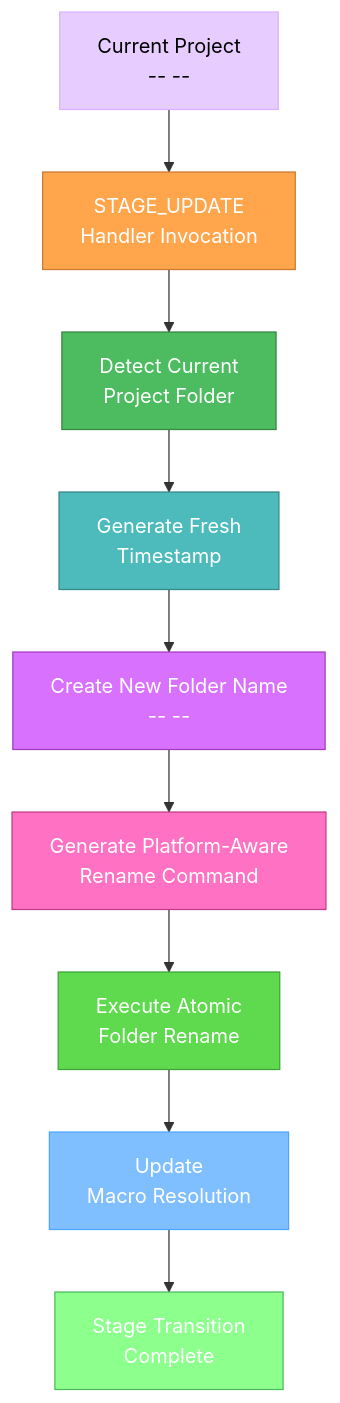
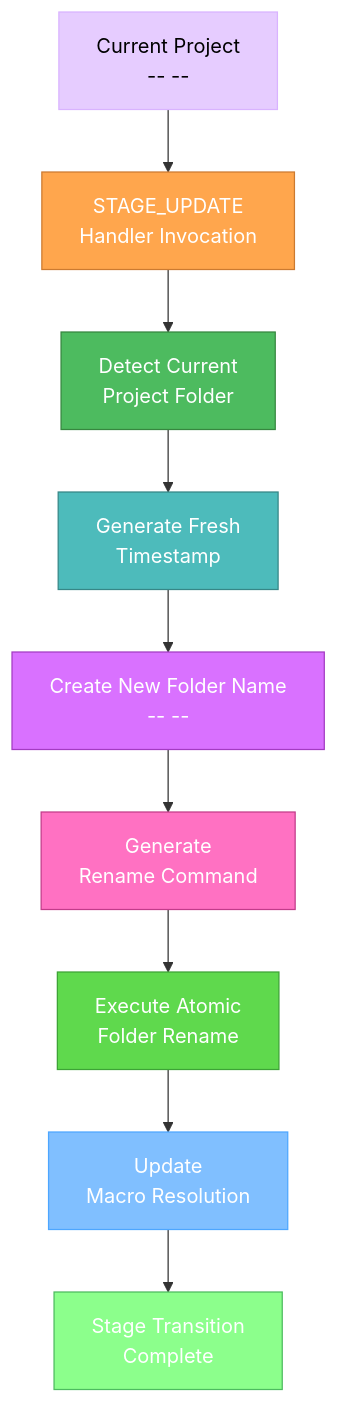
The first of 3 diagrams in .cursor/rules/isolation_rules/Core/mode-transition-optimization.mdc (jedita/cursor-memory-bank), drawn with Mermaid before and after one commit. The commit also changed other lines of this file and 20 other files, not shown here.

````diff
--- a/.cursor/rules/isolation_rules/Core/mode-transition-optimization.mdc
+++ b/.cursor/rules/isolation_rules/Core/mode-transition-optimization.mdc
@@ -17,21 +17,21 @@
 ```mermaid
 graph TD
     CurrentProject["Current Project<br><project-name> -- <old-timestamp> -- <old-stage>"] --> StageUpdate["STAGE_UPDATE<br>Handler Invocation"]
     StageUpdate --> DetectCurrent["Detect Current<br>Project Folder"]
     DetectCurrent --> GenerateTimestamp["Generate Fresh<br>Timestamp"]
     GenerateTimestamp --> CreateNewName["Create New Folder Name<br><project-name> -- <new-timestamp> -- <new-stage>"]
-    CreateNewName --> PlatformCommand["Generate Platform-Aware<br>Rename Command"]
+    CreateNewName --> PlatformCommand["Generate <br>Rename Command"]
     PlatformCommand --> RenameFolder["Execute Atomic<br>Folder Rename"]
     RenameFolder --> UpdateMacro["Update <MB_ROOT><br>Macro Resolution"]
     UpdateMacro --> Complete["Stage Transition<br>Complete"]
     
     style CurrentProject fill:#e6ccff,stroke:#d9b3ff,color:black
     style StageUpdate fill:#ffa64d,stroke:#cc7a30,color:white
     style DetectCurrent fill:#4dbb5f,stroke:#36873f,color:white
     style GenerateTimestamp fill:#4dbbbb,stroke:#368787,color:white
     style CreateNewName fill:#d971ff,stroke:#a33bc2,color:white
     style PlatformCommand fill:#ff71c2,stroke:#c23b8a,color:white
     style RenameFolder fill:#5fd94d,stroke:#3da336,color:white
     style UpdateMacro fill:#80bfff,stroke:#4da6ff,color:white
     style Complete fill:#8cff8c,stroke:#4dbb5f,color:white
 ```
````
